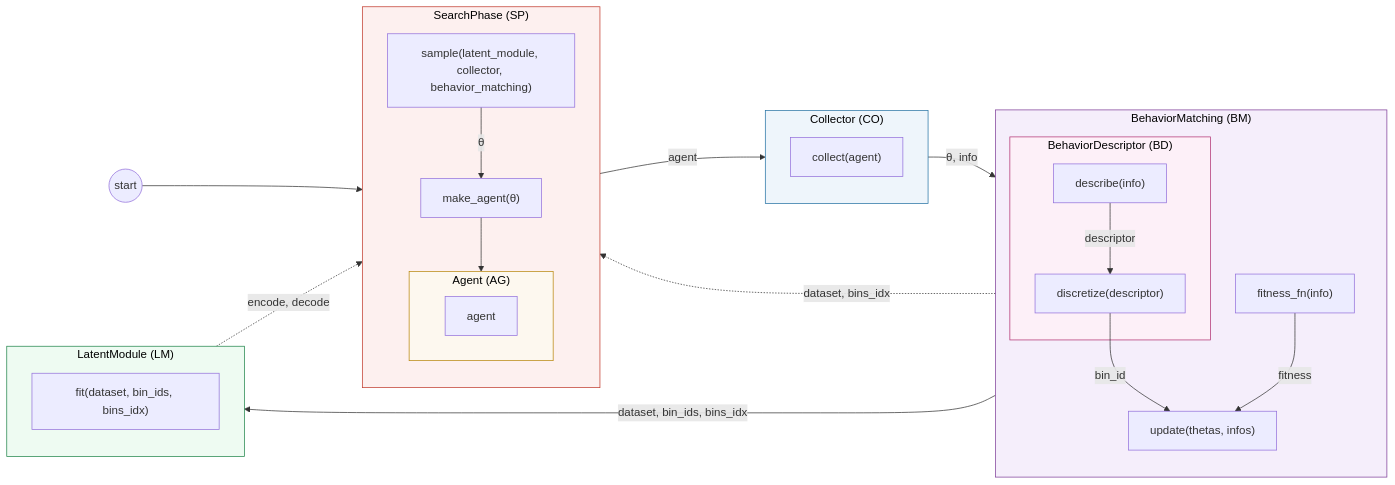
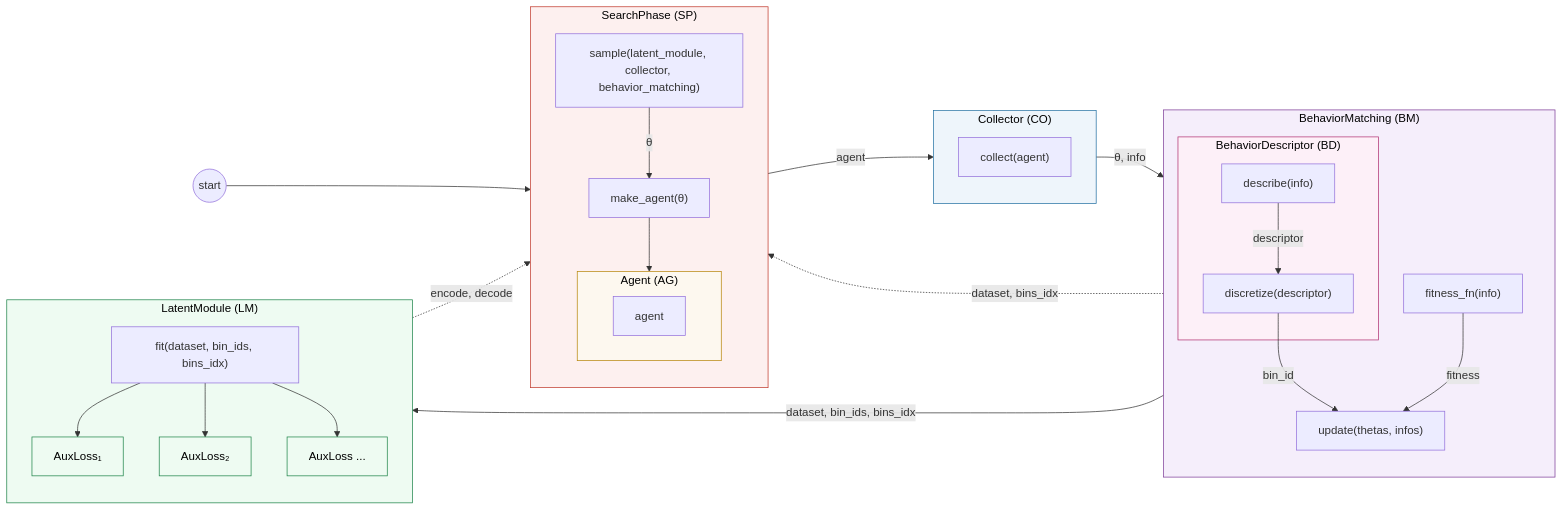
Before and after one commit to yugoguy/org: the second of 3 diagrams in README.md, drawn with Mermaid.

````diff
--- a/README.md
+++ b/README.md
@@ -64,47 +64,53 @@
 ```mermaid
 flowchart LR
     START(("start"))
 
     subgraph SP["SearchPhase (SP)"]
         direction TB
         sample["sample(latent_module, collector, behavior_matching)"]
         sample -->|"θ"| make_agent["make_agent(θ)"]
         subgraph AG2["Agent (AG)"]
             agent2["agent"]
         end
         make_agent --> AG2
     end
 
     subgraph CO["Collector (CO)"]
         collect2["collect(agent)"]
     end
 
     subgraph BM["BehaviorMatching (BM)"]
         direction TB
         subgraph BD2["BehaviorDescriptor (BD)"]
             describe2["describe(info)"]
             describe2 -->|"descriptor"| discretize2["discretize(descriptor)"]
         end
         fitness_fn2["fitness_fn(info)"]
         discretize2 -->|"bin_id"| update2["update(thetas, infos)"]
         fitness_fn2 -->|"fitness"| update2
     end
 
     subgraph LM["LatentModule (LM)"]
         fit["fit(dataset, bin_ids, bins_idx)"]
+        fit --> AL1["AuxLoss₁"]
+        fit --> AL2["AuxLoss₂"]
+        fit --> ALn["AuxLoss ..."]
     end
 
     START --> SP
     SP -->|"agent"| CO
     CO -->|"θ, info"| BM
     BM -->|"dataset, bin_ids, bins_idx"| LM
     LM -.->|"encode, decode"| SP
     BM -.->|"dataset, bins_idx"| SP
 
     style SP fill:#fdf0ef,stroke:#c0392b,color:#000
     style CO fill:#eef5fb,stroke:#2471a3,color:#000
     style BM fill:#f5eefb,stroke:#7d3c98,color:#000
     style BD2 fill:#fdf0f8,stroke:#b03070,color:#000
     style LM fill:#eefbf2,stroke:#1e8449,color:#000
     style AG2 fill:#fdf8ef,stroke:#b8860b,color:#000
+    style AL1 fill:#eefbf2,stroke:#1e8449,color:#000
+    style AL2 fill:#eefbf2,stroke:#1e8449,color:#000
+    style ALn fill:#eefbf2,stroke:#1e8449,color:#000
 ```
````
